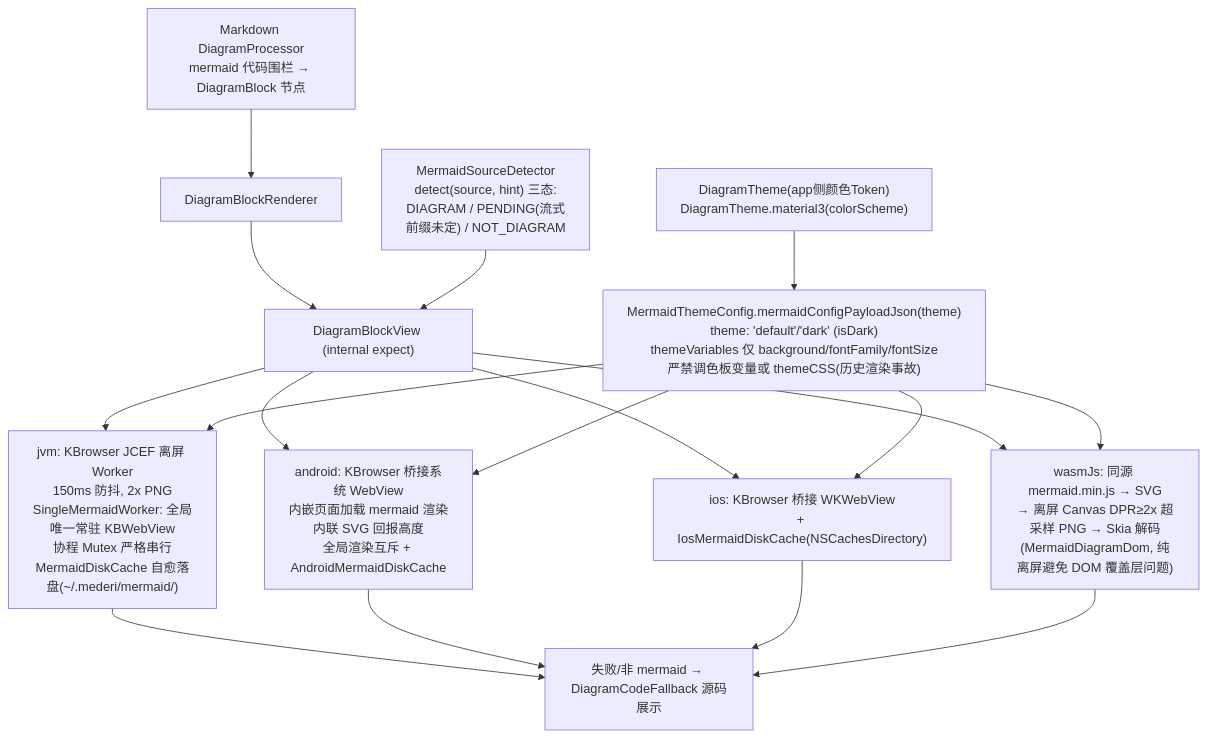
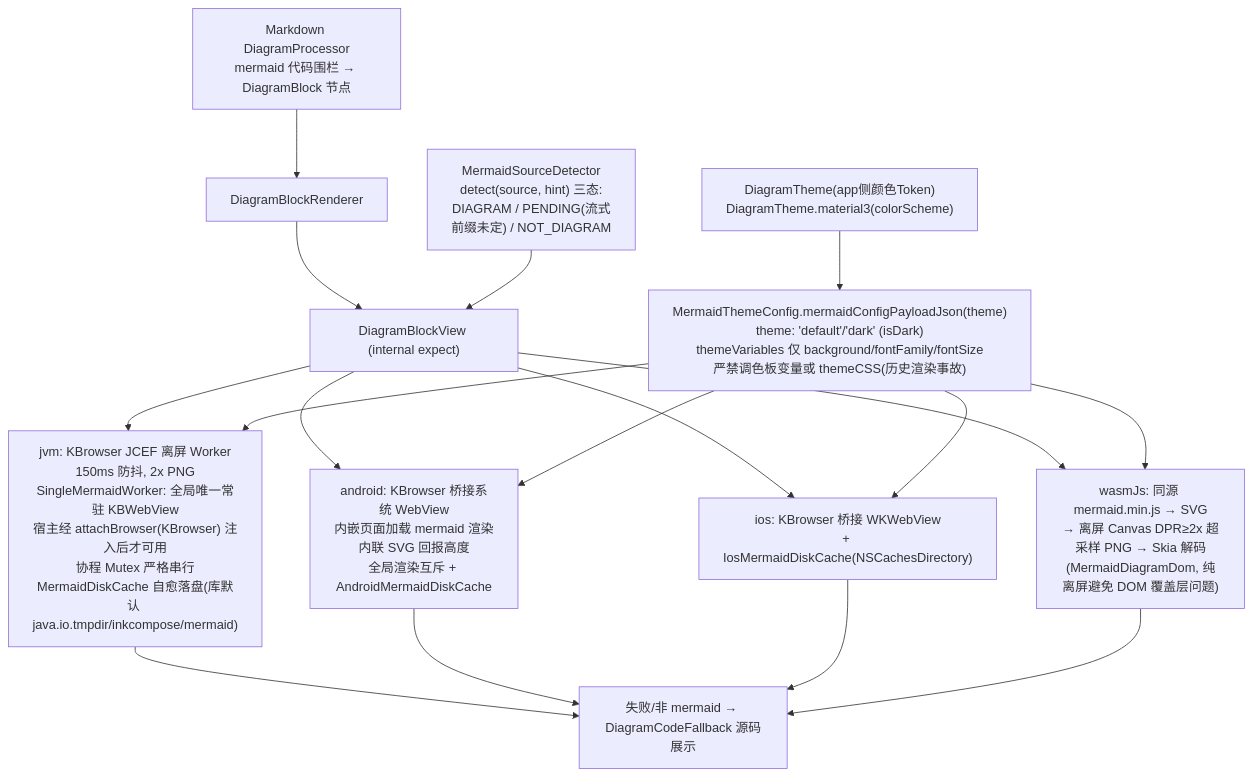
The third of 3 diagrams in mederi/docs/architecture/03-inkcompose.md (lzdev42/mederi), drawn with Mermaid before and after one commit. The commit also changed other lines of this file and 97 other files, not shown here.

````diff
--- a/mederi/docs/architecture/03-inkcompose.md
+++ b/mederi/docs/architecture/03-inkcompose.md
@@ -114,12 +152,12 @@
 ```mermaid
 flowchart TD
     MD["Markdown DiagramProcessor<br/>mermaid 代码围栏 → DiagramBlock 节点"] --> R["DiagramBlockRenderer"] --> V["DiagramBlockView (internal expect)"]
     DET["MermaidSourceDetector<br/>detect(source, hint) 三态:<br/>DIAGRAM / PENDING(流式前缀未定) / NOT_DIAGRAM"] --> V
-    V --> J["jvm: KBrowser JCEF 离屏 Worker<br/>150ms 防抖, 2x PNG<br/>SingleMermaidWorker: 全局唯一常驻 KBWebView<br/>协程 Mutex 严格串行<br/>MermaidDiskCache 自愈落盘(~/.mederi/mermaid/)"]
+    V --> J["jvm: KBrowser JCEF 离屏 Worker<br/>150ms 防抖, 2x PNG<br/>SingleMermaidWorker: 全局唯一常驻 KBWebView<br/>宿主经 attachBrowser(KBrowser) 注入后才可用<br/>协程 Mutex 严格串行<br/>MermaidDiskCache 自愈落盘(库默认 java.io.tmpdir/inkcompose/mermaid)"]
     V --> A["android: KBrowser 桥接系统 WebView<br/>内嵌页面加载 mermaid 渲染内联 SVG 回报高度<br/>全局渲染互斥 + AndroidMermaidDiskCache"]
     V --> I["ios: KBrowser 桥接 WKWebView<br/>+ IosMermaidDiskCache(NSCachesDirectory)"]
     V --> W["wasmJs: 同源 mermaid.min.js → SVG<br/>→ 离屏 Canvas DPR≥2x 超采样 PNG → Skia 解码<br/>(MermaidDiagramDom, 纯离屏避免 DOM 覆盖层问题)"]
     J & A & I & W --> FB["失败/非 mermaid → DiagramCodeFallback 源码展示"]
     TH["MermaidThemeConfig.mermaidConfigPayloadJson(theme)<br/>theme: 'default'/'dark' (isDark)<br/>themeVariables 仅 background/fontFamily/fontSize<br/>严禁调色板变量或 themeCSS(历史渲染事故)"] --> J & A & I & W
     DTM["DiagramTheme(app侧颜色Token)<br/>DiagramTheme.material3(colorScheme)"] --> TH
 ```
````
